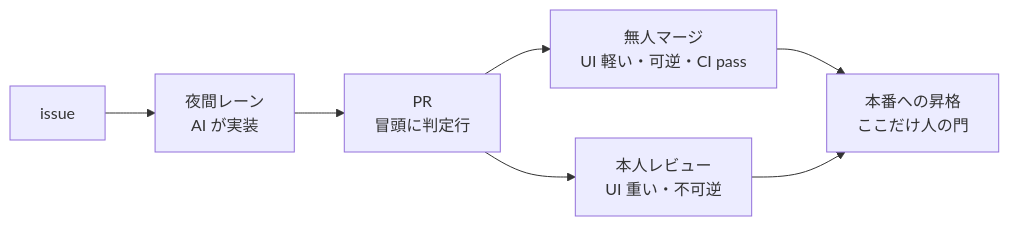
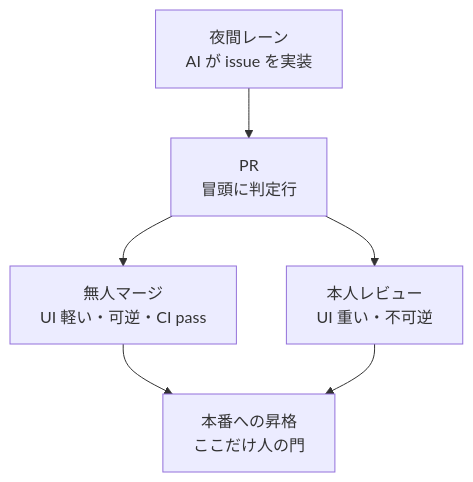
The diagram in README.md (MichiKotani/MichiKotani), drawn with Mermaid before and after one commit.

Commit message:
docs: 図を縦組みにして操作ボタンとの重なりをなくす

````diff
--- a/README.md
+++ b/README.md
@@ -7,9 +7,8 @@
 ```mermaid
-flowchart LR
-  A[issue] --> B[夜間レーン<br/>AI が実装]
-  B --> C[PR<br/>冒頭に判定行]
+flowchart TD
+  B[夜間レーン<br/>AI が issue を実装] --> C[PR<br/>冒頭に判定行]
   C --> D[無人マージ<br/>UI 軽い・可逆・CI pass]
   C --> E[本人レビュー<br/>UI 重い・不可逆]
   D --> F[本番への昇格<br/>ここだけ人の門]
   E --> F
 ```
````
